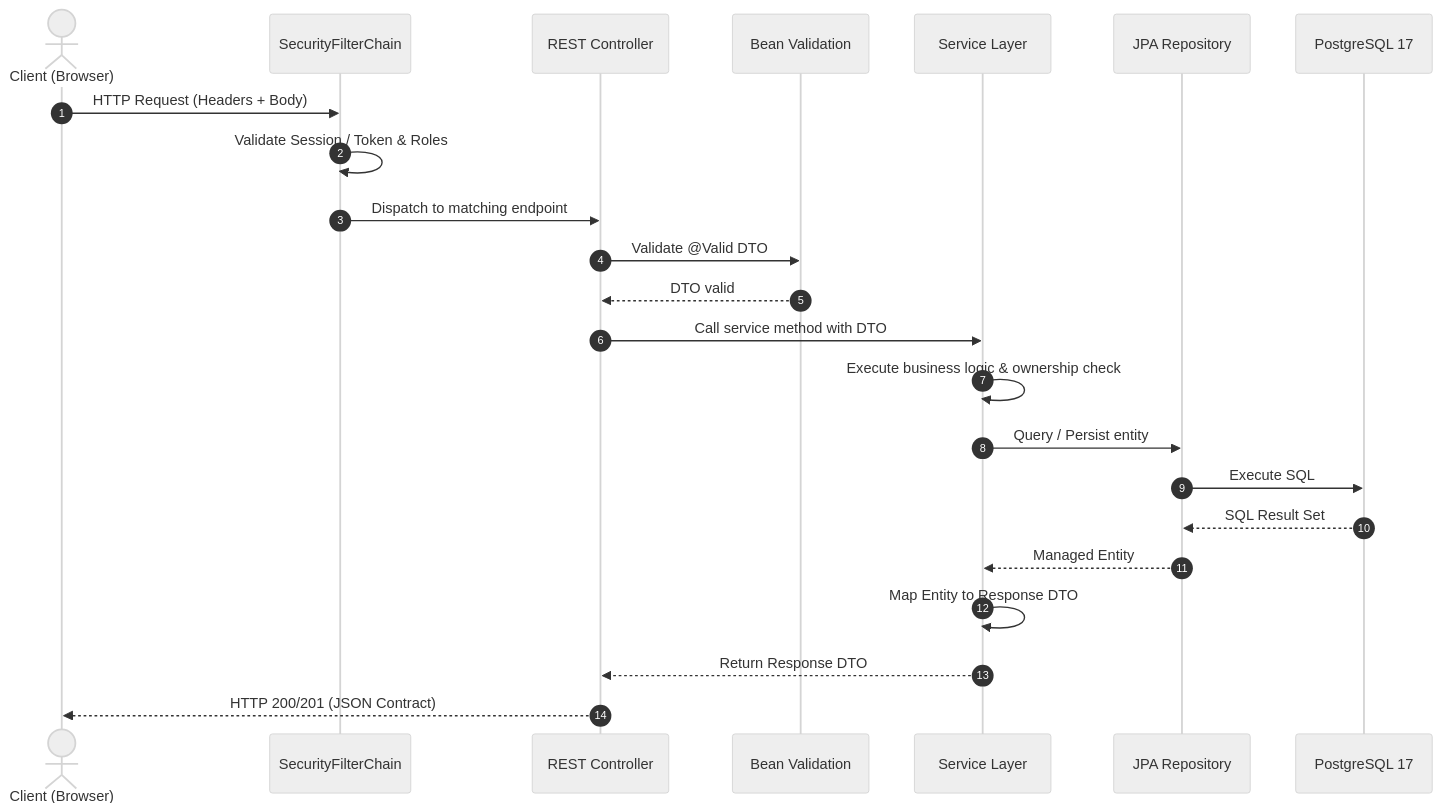
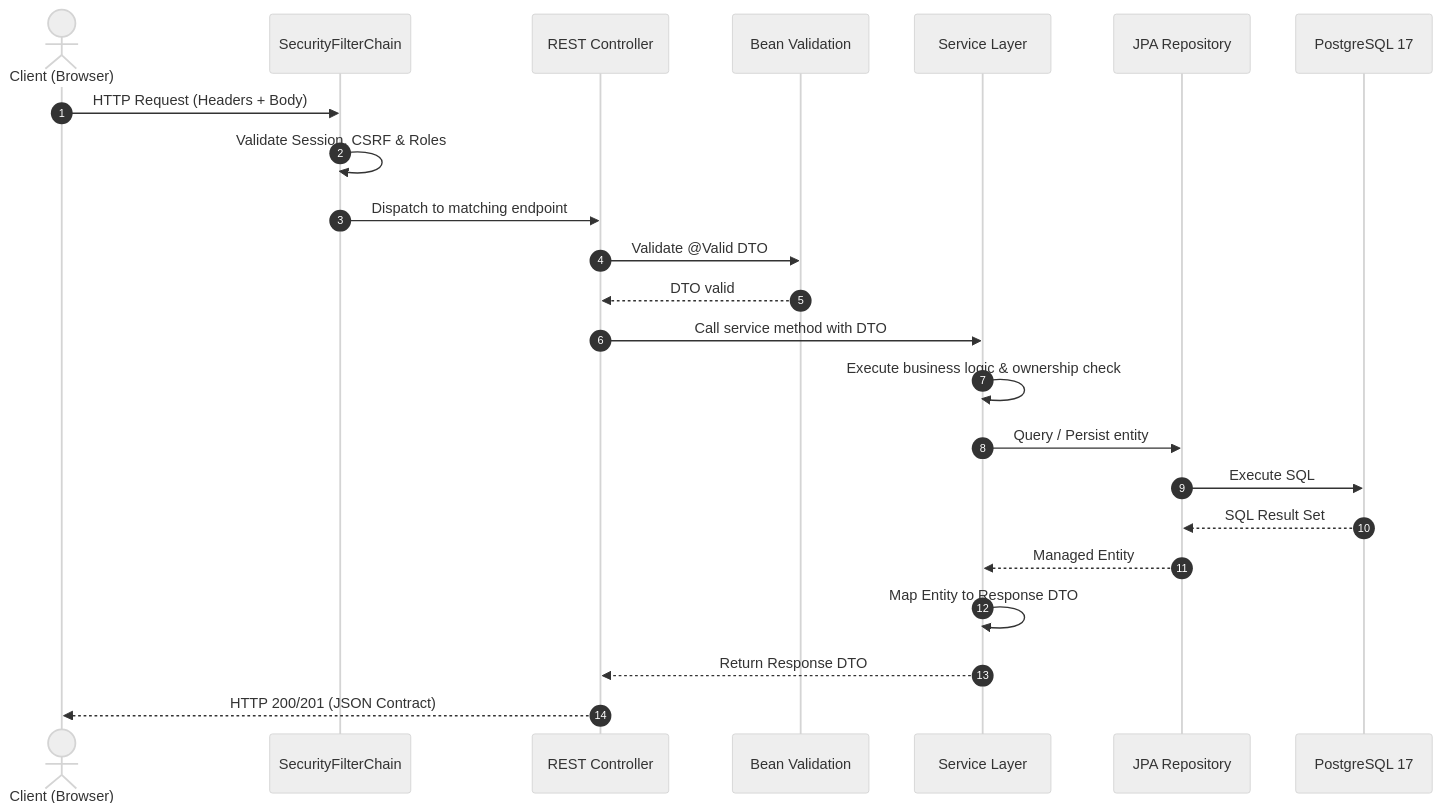
The second of 2 diagrams in docs/architecture/system-design.md (dodoododo/openshelf-ebook-website), drawn with Mermaid (neutral theme) before and after one commit. The commit also changed other lines of this file and 172 other files, not shown here.

````diff
--- a/docs/architecture/system-design.md
+++ b/docs/architecture/system-design.md
@@ -153,26 +159,26 @@
 ```mermaid
 sequenceDiagram
     autonumber
     actor User as Client (Browser)
     participant Sec as SecurityFilterChain
     participant Ctrl as REST Controller
     participant Val as Bean Validation
     participant Svc as Service Layer
     participant Repo as JPA Repository
     participant DB as PostgreSQL 17
 
     User->>Sec: HTTP Request (Headers + Body)
-    Sec->>Sec: Validate Session / Token & Roles
+    Sec->>Sec: Validate Session, CSRF & Roles
     Sec->>Ctrl: Dispatch to matching endpoint
     Ctrl->>Val: Validate @Valid DTO
     Val-->>Ctrl: DTO valid
     Ctrl->>Svc: Call service method with DTO
     Svc->>Svc: Execute business logic & ownership check
     Svc->>Repo: Query / Persist entity
     Repo->>DB: Execute SQL
     DB-->>Repo: SQL Result Set
     Repo-->>Svc: Managed Entity
     Svc->>Svc: Map Entity to Response DTO
     Svc-->>Ctrl: Return Response DTO
     Ctrl-->>User: HTTP 200/201 (JSON Contract)
 ```
````
